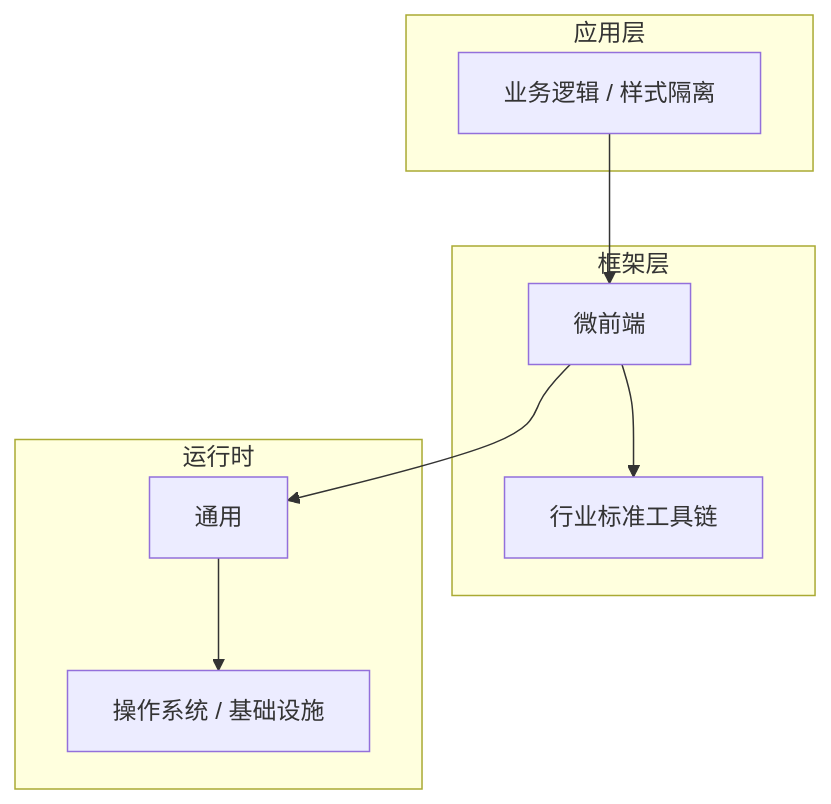
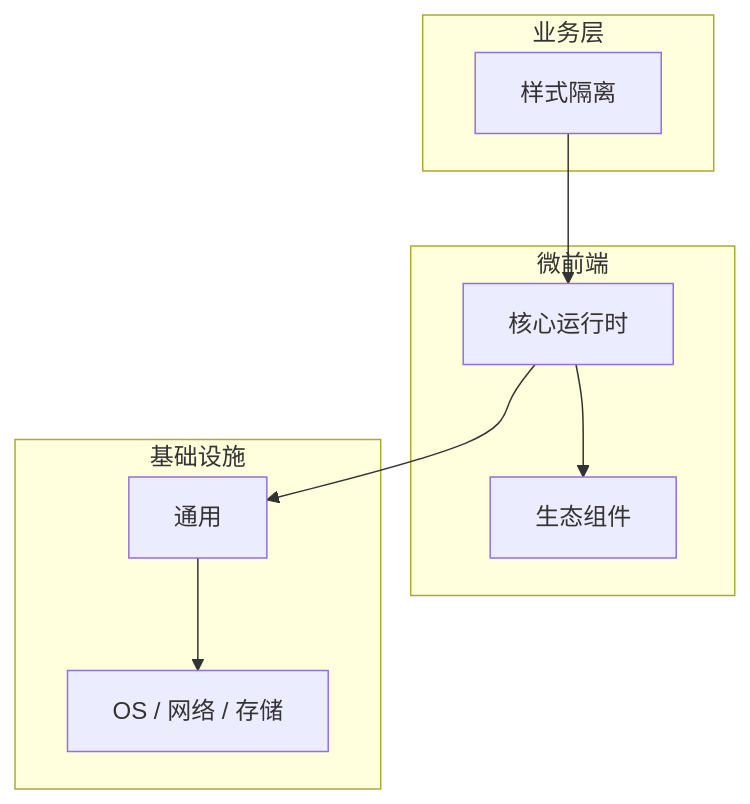
Before and after one commit to yanggan2015/knowledge-json-v2: the diagram in articles/微前端/chapters/037-样式隔离核心概念与原理.md, drawn with Mermaid. The commit also changed other lines of this file and 10127 other files, not shown here.

````diff
--- a/articles/微前端/chapters/037-样式隔离核心概念与原理.md
+++ b/articles/微前端/chapters/037-样式隔离核心概念与原理.md
@@ -45,18 +34,18 @@
 ```mermaid
 graph TB
-    subgraph 应用层
-        A[业务逻辑 / 样式隔离]
+    subgraph 业务层
+        A[样式隔离]
     end
-    subgraph 框架层
-        B[微前端]
-        C[行业标准工具链]
+    subgraph 微前端
+        B[核心运行时]
+        C[生态组件]
     end
-    subgraph 运行时
+    subgraph 基础设施
         D[通用]
-        E[操作系统 / 基础设施]
+        E[OS / 网络 / 存储]
     end
     A --> B
     B --> C
     B --> D
     D --> E
 ```
````
